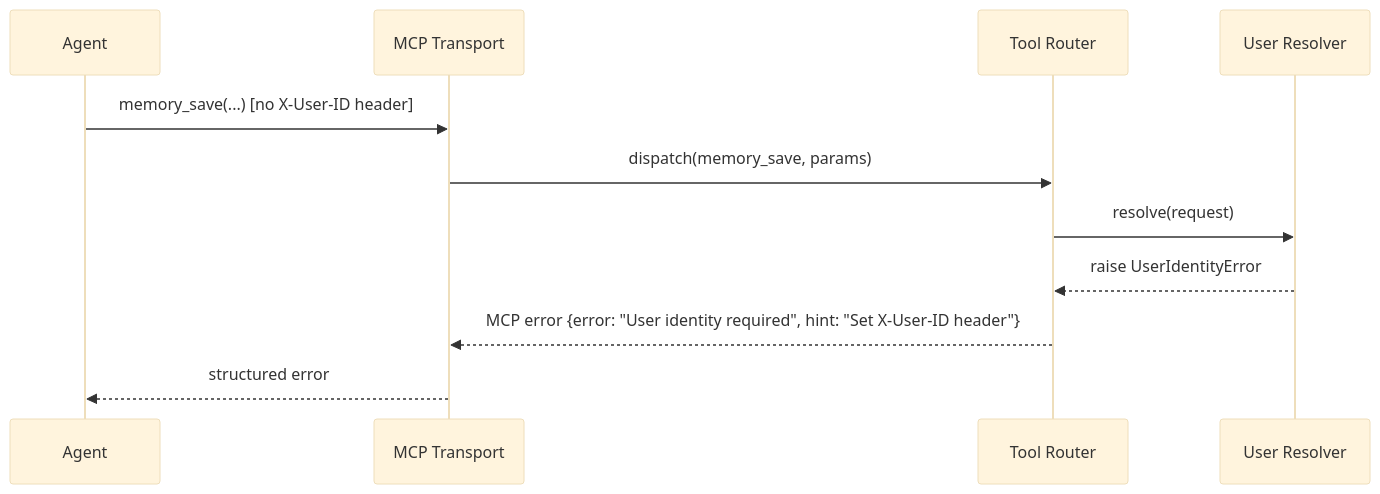
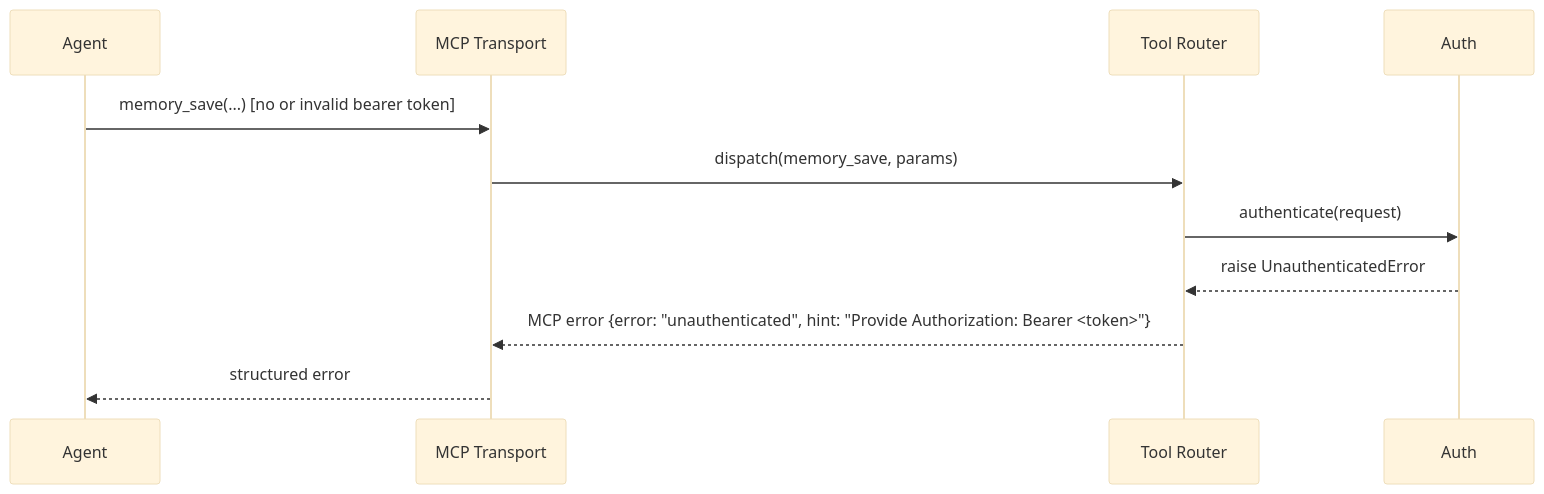
The sixth of 6 diagrams in docs/design/v2-design.md (mironyx/recall), drawn with Mermaid (base theme) before and after one commit. The commit also changed other lines of this file, not shown here.

````diff
--- a/docs/design/v2-design.md
+++ b/docs/design/v2-design.md
@@ -536,14 +577,14 @@
 ```mermaid
 sequenceDiagram
     participant A as Agent
     participant T as MCP Transport
     participant R as Tool Router
-    participant U as User Resolver
+    participant U as Auth
 
-    A->>T: memory_save(...) [no X-User-ID header]
+    A->>T: memory_save(...) [no or invalid bearer token]
     T->>R: dispatch(memory_save, params)
-    R->>U: resolve(request)
-    U-->>R: raise UserIdentityError
-    R-->>T: MCP error {error: "User identity required", hint: "Set X-User-ID header"}
+    R->>U: authenticate(request)
+    U-->>R: raise UnauthenticatedError
+    R-->>T: MCP error {error: "unauthenticated", hint: "Provide Authorization: Bearer <token>"}
     T-->>A: structured error
 ```
````
